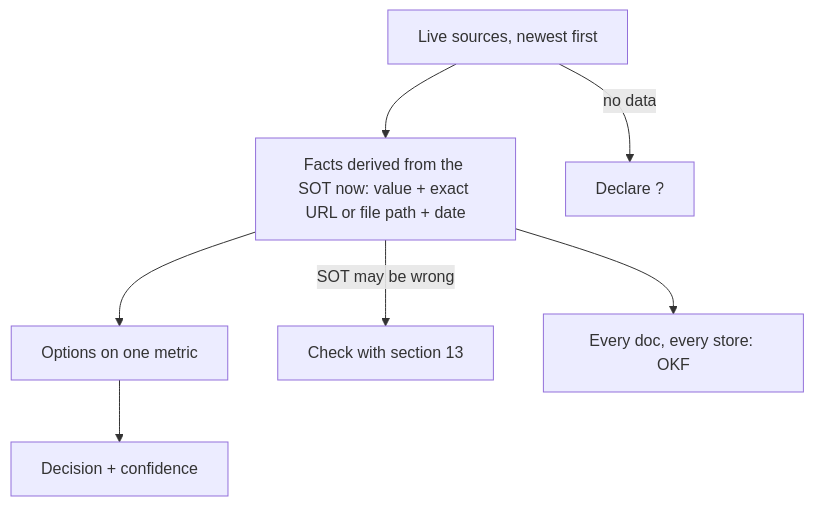
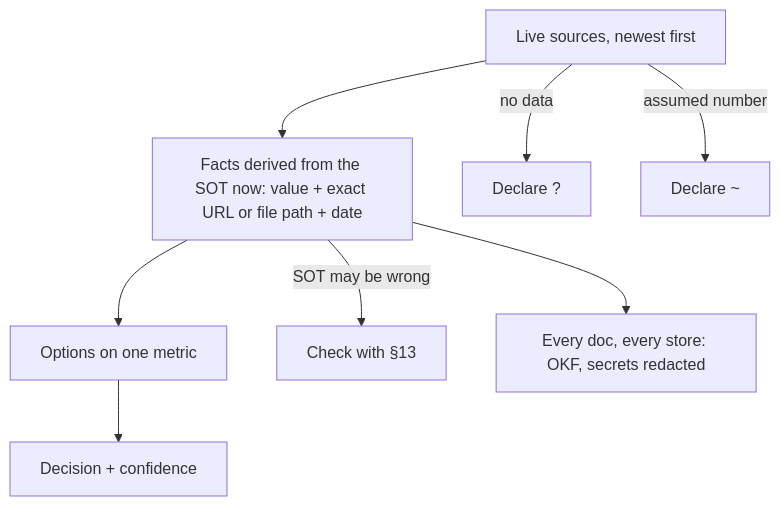
One commit to SolenixAI/arbiter changed the sixth of 14 diagrams in AGENTS.md. Above: the diagram before and after it, drawn with Mermaid. The commit also changed other lines of this file, not shown here.

````diff
--- a/AGENTS.md
+++ b/AGENTS.md
@@ -253,8 +257,9 @@
 ```mermaid
 flowchart TD
   D[Live sources, newest first] --> E[Facts derived from the SOT now: value + exact URL or file path + date]
   E --> O[Options on one metric] --> C[Decision + confidence]
   D -->|no data| U["Declare ?"]
-  E -->|SOT may be wrong| S13[Check with section 13]
-  E --> K[Every doc, every store: OKF]
+  D -->|assumed number| U2["Declare ~"]
+  E -->|SOT may be wrong| S13[Check with §13]
+  E --> K[Every doc, every store: OKF, secrets redacted]
 ```
````
